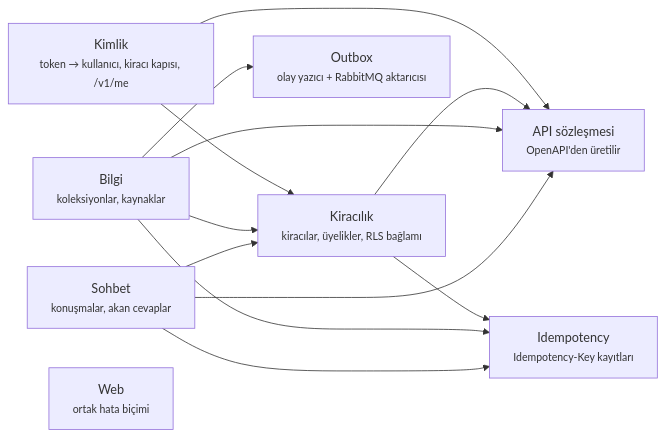
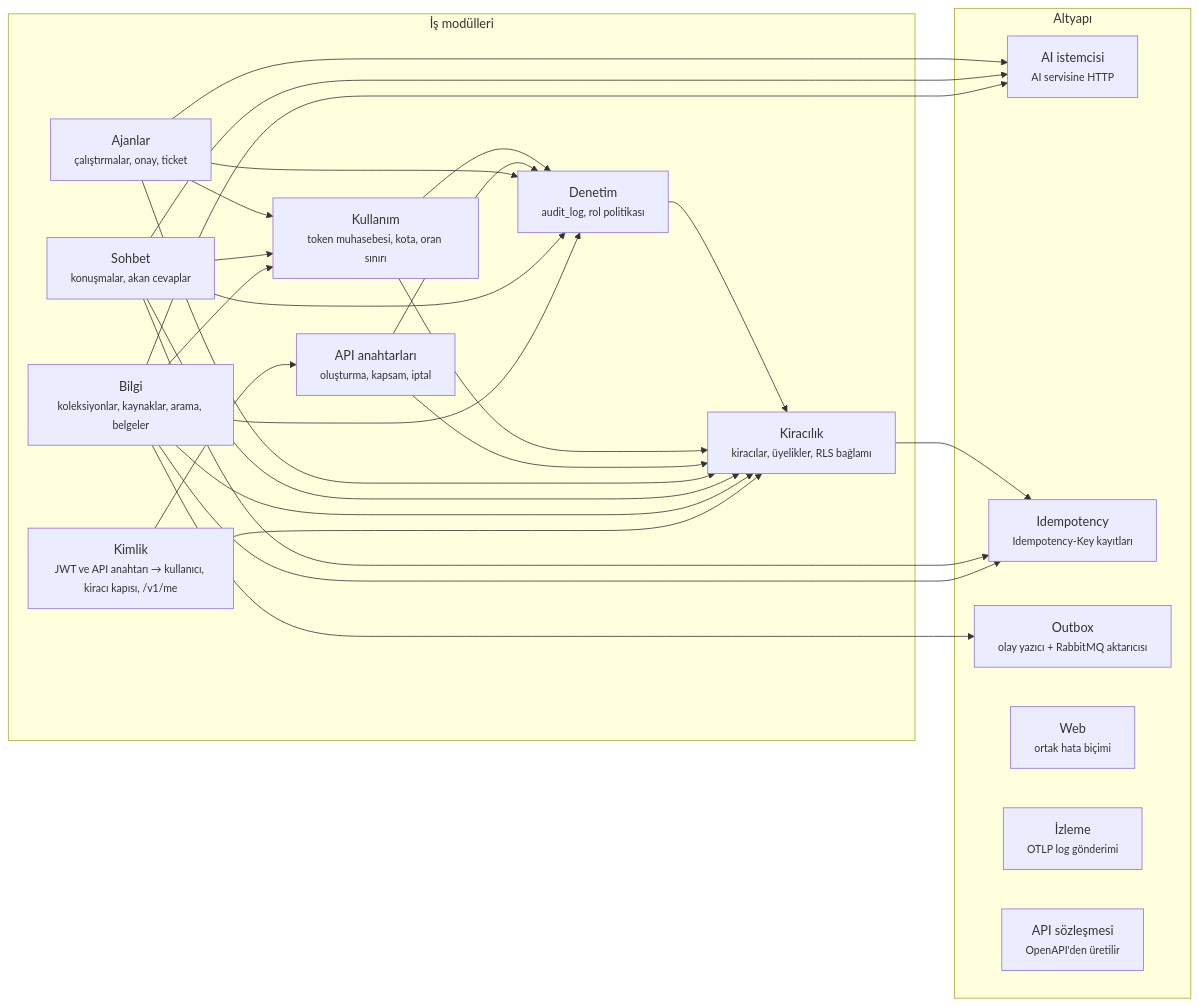
One commit to Engineer-coding/meridian changed the diagram in docs/architecture/modules.md. Above: the diagram before and after it, drawn with Mermaid. The commit also changed other lines of this file and 1 other file, not shown here.

Commit message:
docs: describe the project in README and bring module map up to 13 modules
The root README held a single line; it now covers components, a system
diagram, local setup, service addresses, make targets and current gaps.

modules.md listed 8 modules while the code has 13. Added agents, ai,
audit, apikeys, usage and observability, and corrected the allowed
dependencies of identity, knowledge and chat to match package-info.java.

````diff
--- a/docs/architecture/modules.md
+++ b/docs/architecture/modules.md
@@ -8,23 +8,45 @@
 ```mermaid
 flowchart LR
-    identity["Kimlik<br/><small>token → kullanıcı, kiracı kapısı, /v1/me</small>"]
-    tenancy["Kiracılık<br/><small>kiracılar, üyelikler, RLS bağlamı</small>"]
-    idempotency["Idempotency<br/><small>Idempotency-Key kayıtları</small>"]
-    knowledge["Bilgi<br/><small>koleksiyonlar, kaynaklar</small>"]
-    chat["Sohbet<br/><small>konuşmalar, akan cevaplar</small>"]
-    outbox["Outbox<br/><small>olay yazıcı + RabbitMQ aktarıcısı</small>"]
-    web["Web<br/><small>ortak hata biçimi</small>"]
-    contract["API sözleşmesi<br/><small>OpenAPI'den üretilir</small>"]
+    subgraph is["İş modülleri"]
+        identity["Kimlik<br/><small>JWT ve API anahtarı → kullanıcı, kiracı kapısı, /v1/me</small>"]
+        knowledge["Bilgi<br/><small>koleksiyonlar, kaynaklar, arama, belgeler</small>"]
+        chat["Sohbet<br/><small>konuşmalar, akan cevaplar</small>"]
+        agents["Ajanlar<br/><small>çalıştırmalar, onay, ticket</small>"]
+        apikeys["API anahtarları<br/><small>oluşturma, kapsam, iptal</small>"]
+        usage["Kullanım<br/><small>token muhasebesi, kota, oran sınırı</small>"]
+        audit["Denetim<br/><small>audit_log, rol politikası</small>"]
+        tenancy["Kiracılık<br/><small>kiracılar, üyelikler, RLS bağlamı</small>"]
+    end
+    subgraph alt["Altyapı"]
+        ai["AI istemcisi<br/><small>AI servisine HTTP</small>"]
+        idempotency["Idempotency<br/><small>Idempotency-Key kayıtları</small>"]
+        outbox["Outbox<br/><small>olay yazıcı + RabbitMQ aktarıcısı</small>"]
+        web["Web<br/><small>ortak hata biçimi</small>"]
+        observability["İzleme<br/><small>OTLP log gönderimi</small>"]
+        contract["API sözleşmesi<br/><small>OpenAPI'den üretilir</small>"]
+    end
 
     identity --> tenancy
-    identity --> contract
-    tenancy --> idempotency
-    tenancy --> contract
+    identity --> apikeys
+    knowledge --> ai
     knowledge --> tenancy
+    knowledge --> audit
+    knowledge --> usage
     knowledge --> idempotency
     knowledge --> outbox
-    knowledge --> contract
+    chat --> ai
     chat --> tenancy
+    chat --> audit
+    chat --> usage
     chat --> idempotency
-    chat --> contract
+    agents --> ai
+    agents --> audit
+    agents --> usage
+    agents --> tenancy
+    apikeys --> tenancy
+    apikeys --> audit
+    usage --> tenancy
+    usage --> audit
+    audit --> tenancy
+    tenancy --> idempotency
 ```
````
